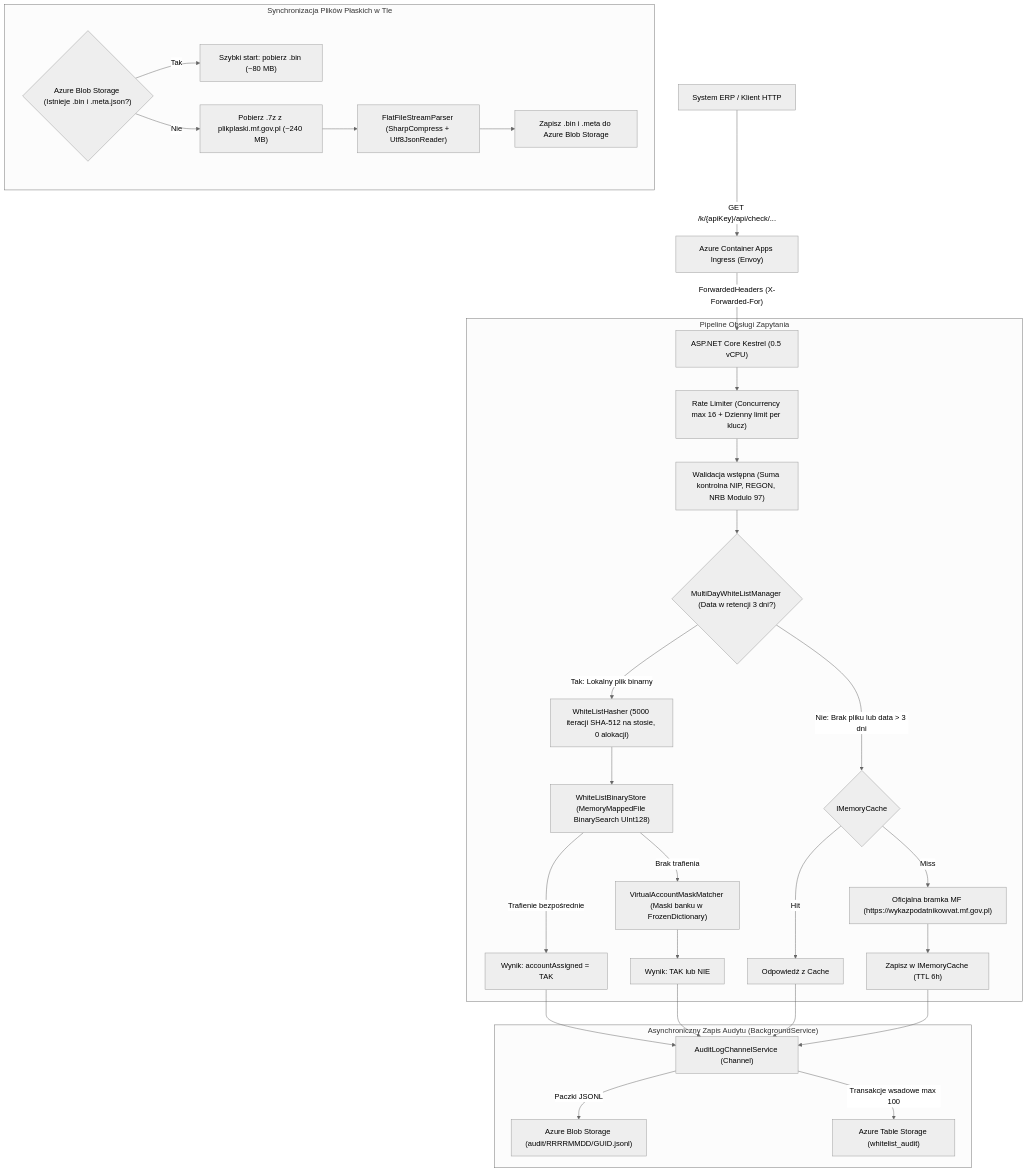
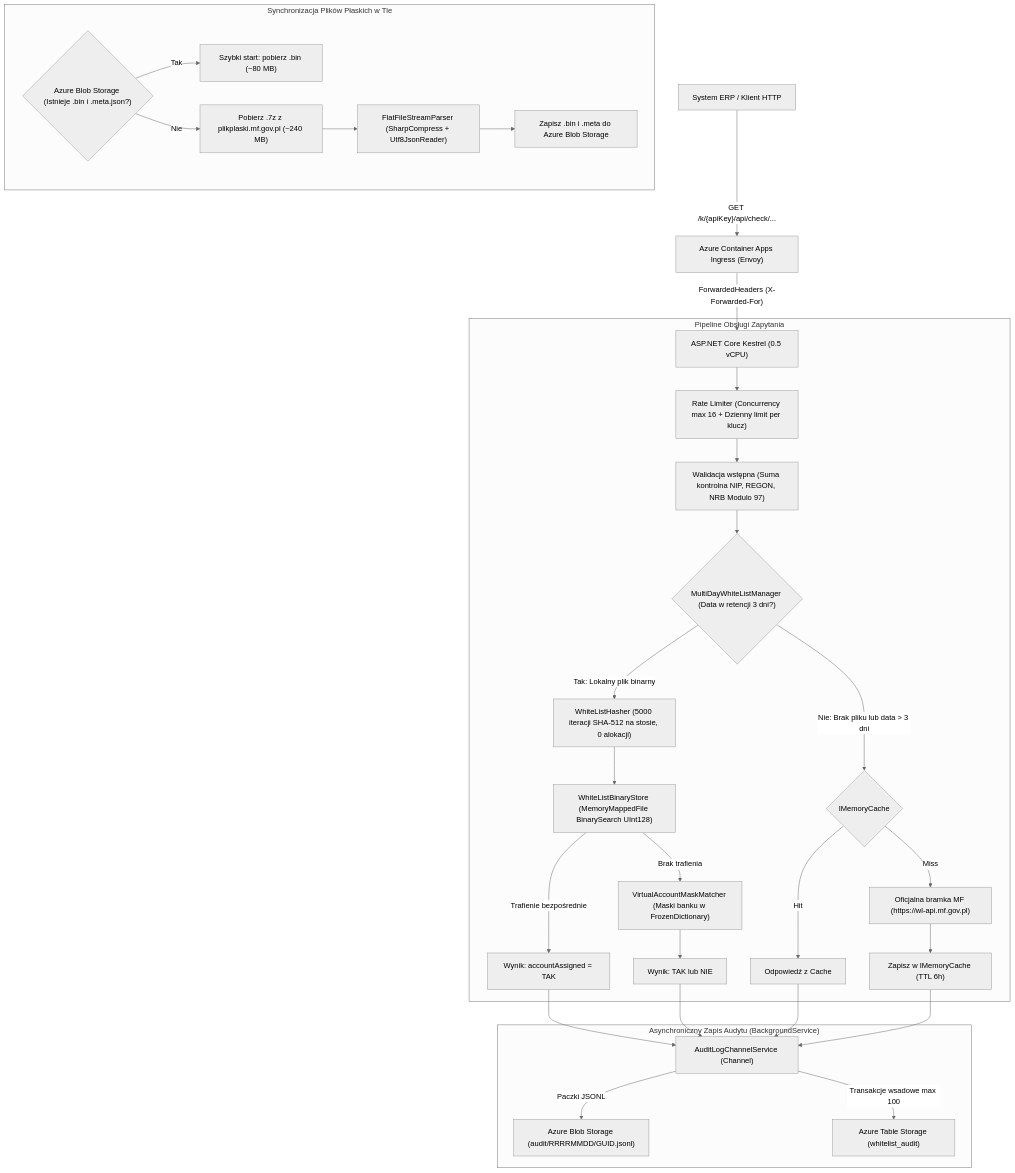
The diagram in README.md (tpython/BialaLista), drawn with Mermaid (neutral theme) before and after one commit. The commit also changed other lines of this file and 6 other files, not shown here.

````diff
--- a/README.md
+++ b/README.md
@@ -30,40 +30,40 @@
 ```mermaid
 flowchart TD
     Client["System ERP / Klient HTTP"] -->|"GET /k/{apiKey}/api/check/..."| Ingress["Azure Container Apps Ingress (Envoy)"]
     Ingress -->|"ForwardedHeaders (X-Forwarded-For)"| Kestrel["ASP.NET Core Kestrel (0.5 vCPU)"]
 
     subgraph Pipeline ["Pipeline Obsługi Zapytania"]
         Kestrel --> Limiter["Rate Limiter (Concurrency max 16 + Dzienny limit per klucz)"]
         Limiter --> PreFlight["Walidacja wstępna (Suma kontrolna NIP, REGON, NRB Modulo 97)"]
         PreFlight --> Manager{"MultiDayWhiteListManager (Data w retencji 3 dni?)"}
         
         Manager -->|Tak: Lokalny plik binarny| Hasher["WhiteListHasher (5000 iteracji SHA-512 na stosie, 0 alokacji)"]
         Hasher --> BinSearch["WhiteListBinaryStore (MemoryMappedFile BinarySearch UInt128)"]
         BinSearch -->|Trafienie bezpośrednie| ResultFound["Wynik: accountAssigned = TAK"]
         BinSearch -->|Brak trafienia| MaskMatch["VirtualAccountMaskMatcher (Maski banku w FrozenDictionary)"]
         MaskMatch --> ResultFinal["Wynik: TAK lub NIE"]
 
         Manager -->|Nie: Brak pliku lub data > 3 dni| Cache{"IMemoryCache"}
         Cache -->|Hit| CachedResp["Odpowiedź z Cache"]
-        Cache -->|Miss| MfFallback["Oficjalna bramka MF (https://wykazpodatnikowvat.mf.gov.pl)"]
+        Cache -->|Miss| MfFallback["Oficjalna bramka MF (https://wl-api.mf.gov.pl)"]
         MfFallback --> CacheStore["Zapisz w IMemoryCache (TTL 6h)"]
     end
 
     ResultFound --> Audit["AuditLogChannelService (Channel<AuditLogEntry>)"]
     ResultFinal --> Audit
     CachedResp --> Audit
     CacheStore --> Audit
 
     subgraph Storage ["Asynchroniczny Zapis Audytu (BackgroundService)"]
         Audit -->|Paczki JSONL| AzureBlob["Azure Blob Storage (audit/RRRRMMDD/GUID.jsonl)"]
         Audit -->|Transakcje wsadowe max 100| AzureTable["Azure Table Storage (whitelist_audit)"]
     end
 
     subgraph Sync ["Synchronizacja Plików Płaskich w Tle"]
         BlobCheck{"Azure Blob Storage (Istnieje .bin i .meta.json?)"}
         BlobCheck -->|Tak| QuickLoad["Szybki start: pobierz .bin (~80 MB)"]
         BlobCheck -->|Nie| MfDownload["Pobierz .7z z plikplaski.mf.gov.pl (~240 MB)"]
         MfDownload --> StreamParser["FlatFileStreamParser (SharpCompress + Utf8JsonReader)"]
         StreamParser --> UploadBlob["Zapisz .bin i .meta do Azure Blob Storage"]
     end
 ```
````
